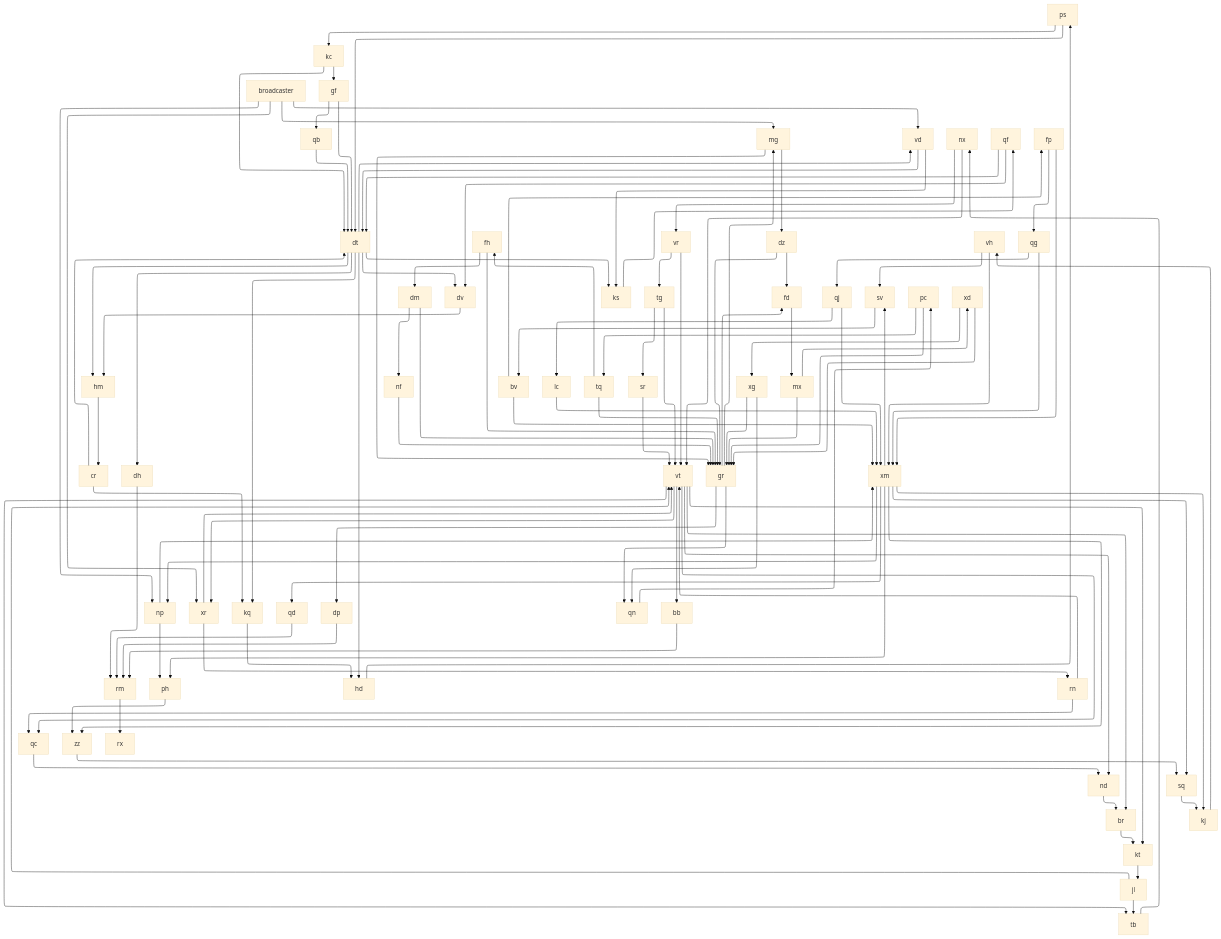
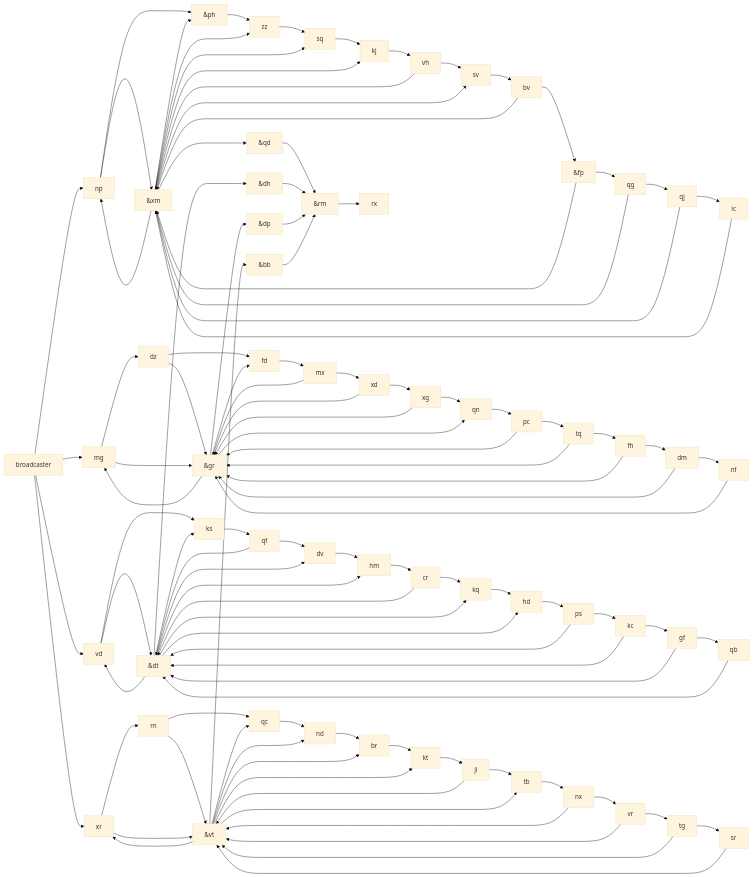
The diagram in 2023Java/Day20/mermaid.md (RabbitSeries/AdventofCode), drawn with Mermaid (base theme) before and after one commit. The commit also changed other lines of this file and 3 other files, not shown here.

Commit message:
Sort mermaid up.

````diff
--- a/2023Java/Day20/mermaid.md
+++ b/2023Java/Day20/mermaid.md
@@ -1,63 +3,63 @@
 ```mermaid
-flowchart-elk TD
-
+flowchart LR
+broadcaster --> np & mg & vd & xr
+zz --> sq
+nd --> br
+sq --> kj
+br --> kt
+ks --> qf
+tb --> nx
+dv --> hm
+kj --> vh
+kq --> hd
+hd --> ps
+qn --> pc
+kt --> jl
+fd --> mx
 hm --> cr
 qc --> nd
-dh --> rm
-ph --> zz
-ps --> kc & dt
-qb --> dt
-jl --> vt & tb
-fh --> dm & gr
-broadcaster --> np & mg & vd & xr
-zz --> sq
-rm --> rx
-nd --> br
-nx --> vr & vt
-qf --> dt & dv
-np --> xm & ph
-dm --> nf & gr
-sq --> kj
-bv --> fp & xm
-br --> kt
-mg --> dz & gr
-dt --> vd & dv & dh & hm & ks & hd & kq
-ks --> qf
-qd --> rm
-xr --> vt & rn
-vr --> tg & vt
-lc --> xm
-tq --> gr & fh
-cr --> kq & dt
-vd --> dt & ks
-tb --> nx
-dz --> gr & fd
-gr --> dp & mg & fd & qn
-nf --> gr
-dv --> hm
-qj --> lc & xm
-kc --> dt & gf
-gf --> dt & qb
-vh --> xm & sv
-sr --> vt
-fp --> qg & xm
-kj --> vh
-pc --> tq & gr
-kq --> hd
-xd --> xg & gr
-tg --> sr & vt
-bb --> rm
-rn --> vt & qc
-hd --> ps
-qg --> xm & qj
-dp --> rm
-qn --> pc
-kt --> jl
 sv --> bv
-vt --> bb & nd & qc & xr & br & tb & kt
-fd --> mx
-xm --> zz & sv & sq & ph & kj & np & qd
-xg --> gr & qn
-mx --> gr & xd
+&ph --> zz
+lc --> &xm
+nf --> &gr
+qb --> &dt
+sr --> &vt
+np --> &xm & &ph
+jl --> &vt & tb
+ps --> kc & &dt
+fh --> dm & &gr
+bv --> &fp & &xm
+&fp --> qg & &xm
+rn --> &vt & qc
+nx --> vr & &vt
+dm --> nf & &gr
+xr --> &vt & rn
+vr --> tg & &vt
+tq --> &gr & fh
+cr --> kq & &dt
+vd --> &dt & ks
+dz --> &gr & fd
+qj --> lc & &xm
+kc --> &dt & gf
+gf --> &dt & qb
+vh --> &xm & sv
+xd --> xg & &gr
+tg --> sr & &vt
+qg --> &xm & qj
+mx --> &gr & xd
+pc --> tq & &gr
+xg --> &gr & qn
+qf --> &dt & dv
+mg --> dz & &gr
 
+&qd --> &rm
+&dh --> &rm
+&dp --> &rm
+&bb --> &rm
+&rm --> rx
+
+&vt --> &bb & nd & qc & xr & br & tb & kt
+&gr --> &dp & mg & fd & qn
+&dt --> vd & dv & &dh & hm & ks & hd & kq
+&xm --> zz & sv & sq & &ph & kj & np & &qd
 ```
````
